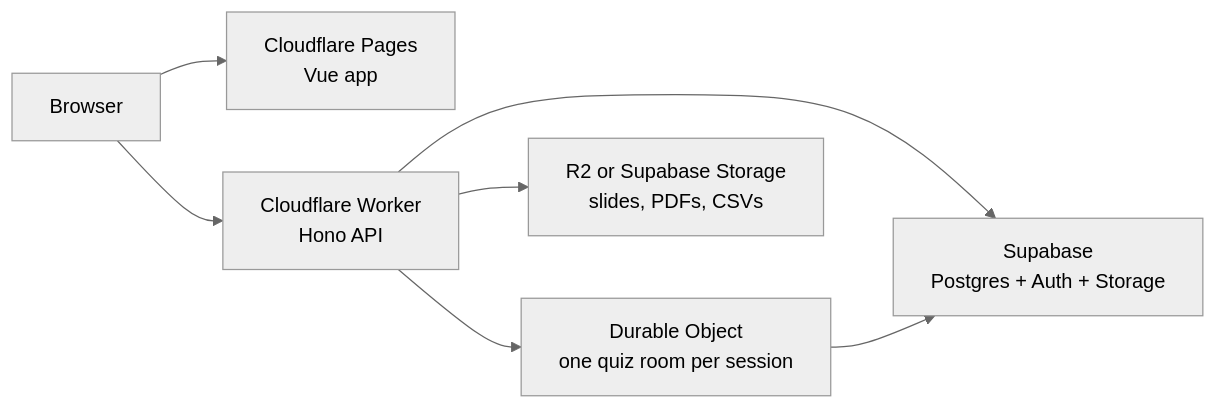
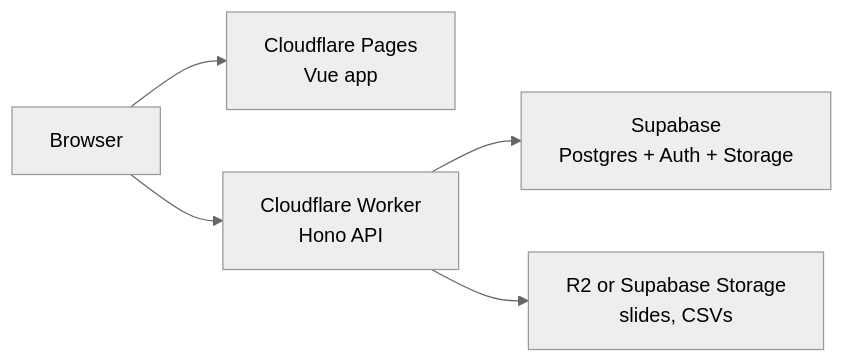
Before and after one commit to devcongress/events-management: the diagram in docs/deployment-cloudflare-supabase.md, drawn with Mermaid (neutral theme). The commit also changed other lines of this file and 78 other files, not shown here.

````diff
--- a/docs/deployment-cloudflare-supabase.md
+++ b/docs/deployment-cloudflare-supabase.md
@@ -15,9 +16,7 @@
 ```mermaid
 flowchart LR
   browser["Browser"] --> pages["Cloudflare Pages\nVue app"]
   browser --> api["Cloudflare Worker\nHono API"]
   api --> supabase["Supabase\nPostgres + Auth + Storage"]
-  api --> room["Durable Object\none quiz room per session"]
-  room --> supabase
-  api --> storage["R2 or Supabase Storage\nslides, PDFs, CSVs"]
+  api --> storage["R2 or Supabase Storage\nslides, CSVs"]
 ```
````
